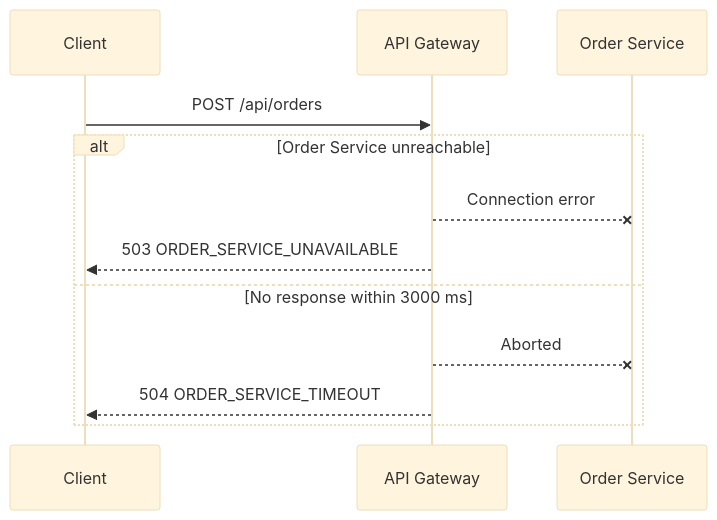
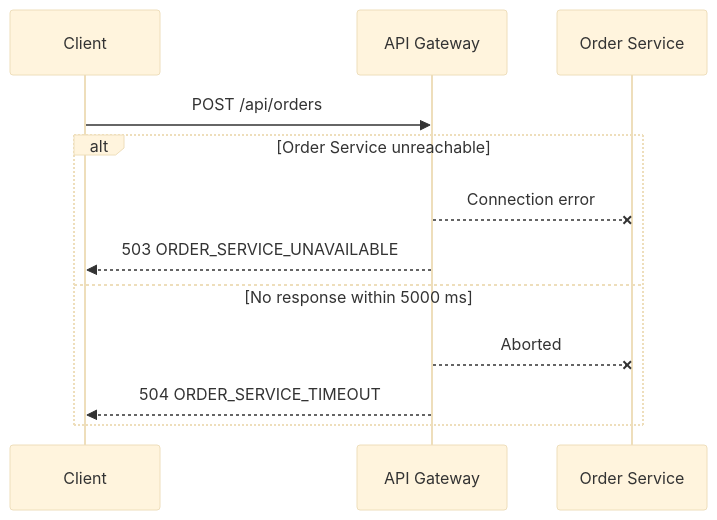
One commit to aliaagamall/pulsetrace changed the fifth of 7 diagrams in docs/architecture/request-flow.md. Above: the diagram before and after it, drawn with Mermaid (base theme). The commit also changed other lines of this file and 10 other files, not shown here.

````diff
--- a/docs/architecture/request-flow.md
+++ b/docs/architecture/request-flow.md
@@ -130,15 +130,15 @@
 ```mermaid
 sequenceDiagram
     participant C as Client
     participant G as API Gateway
     participant O as Order Service
 
     C->>G: POST /api/orders
     alt Order Service unreachable
         G--xO: Connection error
         G-->>C: 503 ORDER_SERVICE_UNAVAILABLE
-    else No response within 3000 ms
+    else No response within 5000 ms
         G--xO: Aborted
         G-->>C: 504 ORDER_SERVICE_TIMEOUT
     end
 ```
````
